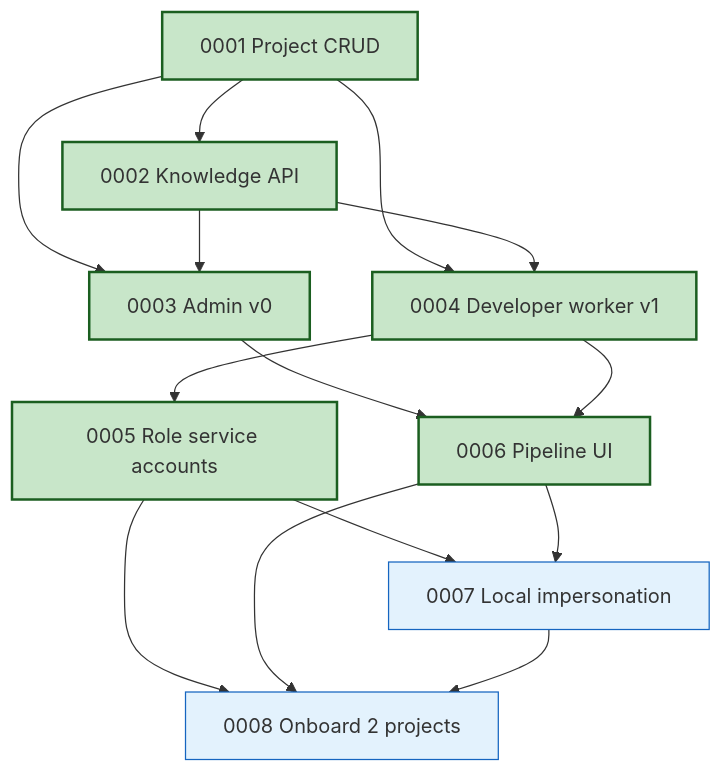
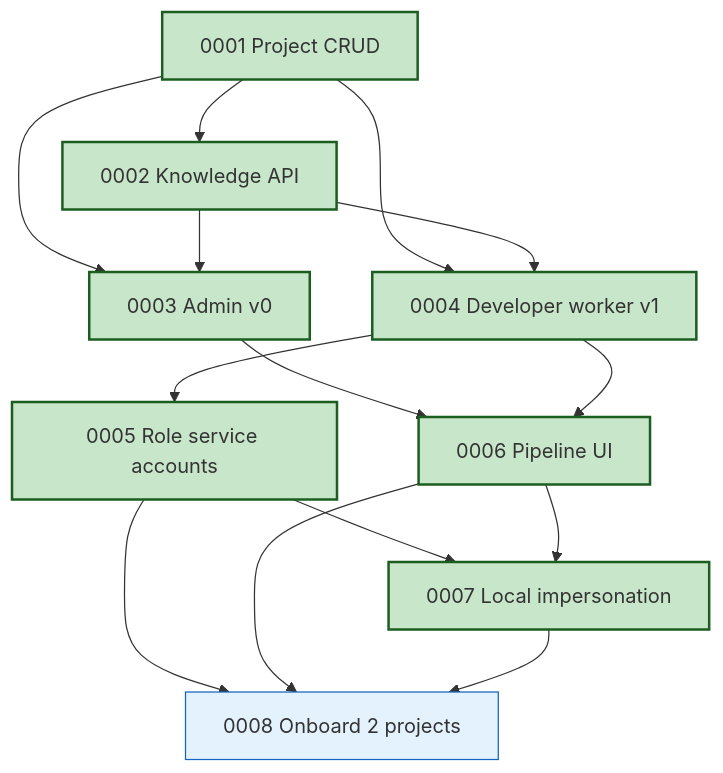
One commit to coder-devx/coder-system changed the diagram in system/product-specs/ROADMAP.md. Above: the diagram before and after it, drawn with Mermaid. The commit also changed other lines of this file and 3 other files, not shown here.

````diff
--- a/system/product-specs/ROADMAP.md
+++ b/system/product-specs/ROADMAP.md
@@ -181,30 +185,30 @@
 ```mermaid
 flowchart TB
   s1["0001 Project CRUD"]
   s2["0002 Knowledge API"]
   s3["0003 Admin v0"]
   s4["0004 Developer worker v1"]
   s5["0005 Role service accounts"]
   s6["0006 Pipeline UI"]
   s7["0007 Local impersonation"]
   s8["0008 Onboard 2 projects"]
 
   s1 --> s2
   s1 --> s3
   s1 --> s4
   s2 --> s3
   s2 --> s4
   s3 --> s6
   s4 --> s5
   s4 --> s6
   s5 --> s7
   s6 --> s7
   s5 --> s8
   s6 --> s8
   s7 --> s8
 
   classDef shipped fill:#c8e6c9,stroke:#1b5e20,stroke-width:2px
   classDef later fill:#e3f2fd,stroke:#1565c0
-  class s1,s2,s3,s4,s5,s6 shipped
-  class s7,s8 later
+  class s1,s2,s3,s4,s5,s6,s7 shipped
+  class s8 later
 ```
````
